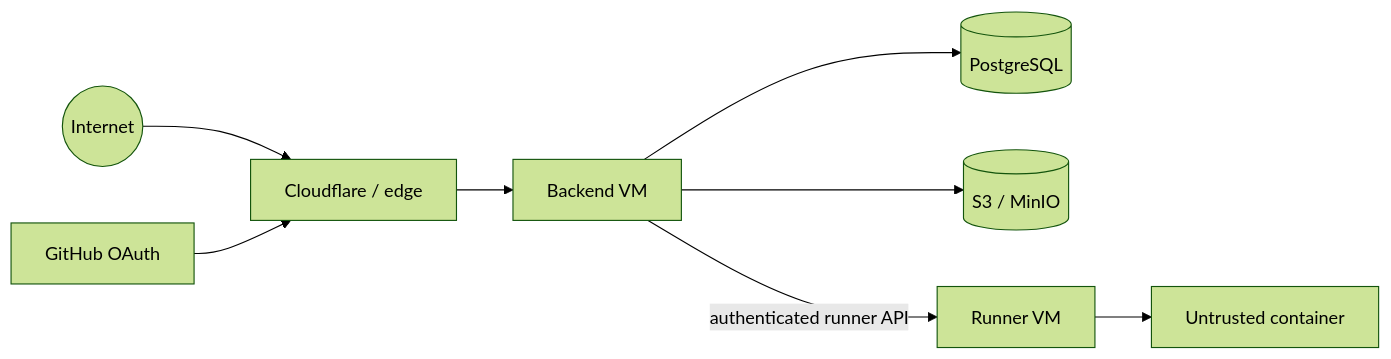
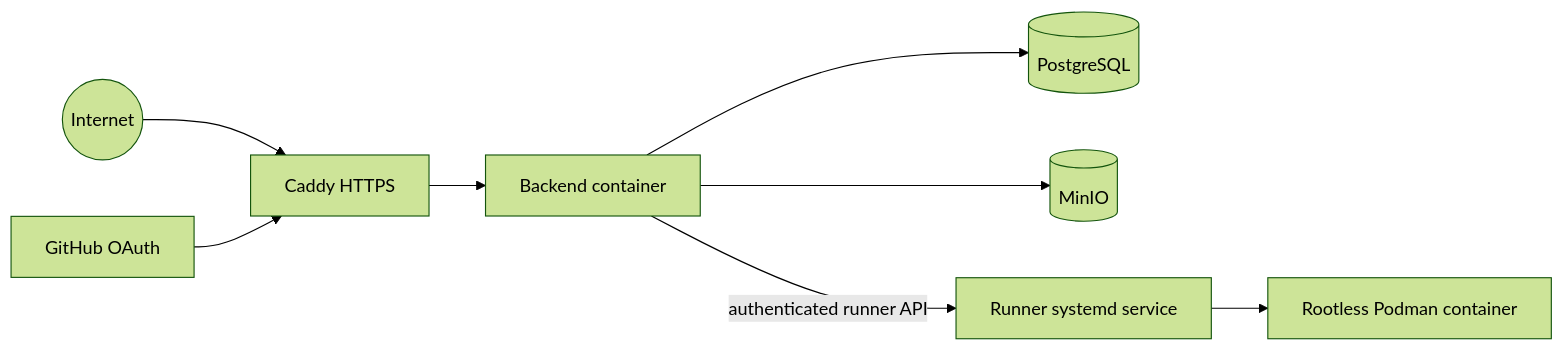
One commit to JO-IK1/CppDefense changed the seventh of 7 diagrams in docs/ARCHITECTURE.md. Above: the diagram before and after it, drawn with Mermaid (forest theme). The commit also changed other lines of this file and 52 other files, not shown here.

Commit message:
fix: stabilize defense flow and improve student workspace

````diff
--- a/docs/ARCHITECTURE.md
+++ b/docs/ARCHITECTURE.md
@@ -260,10 +268,10 @@
 ```mermaid
 flowchart LR
-  Internet((Internet)) --> Edge[Cloudflare / edge]
+  Internet((Internet)) --> Edge[Caddy HTTPS]
   GitHub[GitHub OAuth] --> Edge
-  Edge --> Backend[Backend VM]
+  Edge --> Backend[Backend container]
   Backend --> DB[(PostgreSQL)]
-  Backend --> Store[(S3 / MinIO)]
-  Backend -->|authenticated runner API| Runner[Runner VM]
-  Runner --> Container[Untrusted container]
+  Backend --> Store[(MinIO)]
+  Backend -->|authenticated runner API| Runner[Runner systemd service]
+  Runner --> Container[Rootless Podman container]
 ```
````
